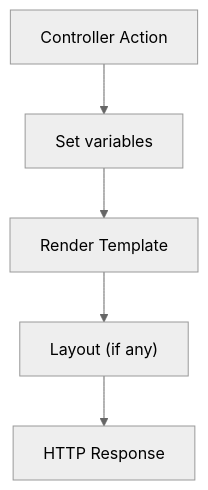
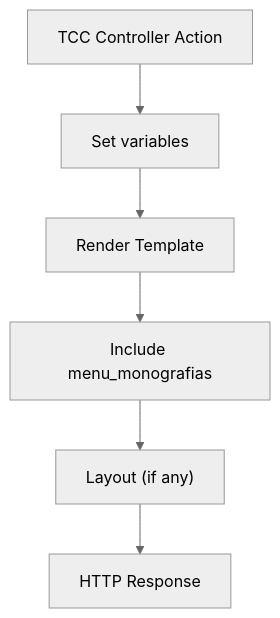
Before and after one commit to luiseduacosta/tcc4: the eighth of 10 diagrams in .qoder/repowiki/en/content/Architecture Overview/Architecture Overview.md, drawn with Mermaid (neutral theme). The commit also changed other lines of this file and 101 other files, not shown here.

````diff
--- a/.qoder/repowiki/en/content/Architecture Overview/Architecture Overview.md
+++ b/.qoder/repowiki/en/content/Architecture Overview/Architecture Overview.md
@@ -295,7 +302,8 @@
 ```mermaid
 flowchart TD
-Ctrl["Controller Action"] --> SetVars["Set variables"]
+Ctrl["TCC Controller Action"] --> SetVars["Set variables"]
 SetVars --> Render["Render Template"]
-Render --> Layout["Layout (if any)"]
+Render --> Menu["Include menu_monografias"]
+Menu --> Layout["Layout (if any)"]
 Layout --> Resp["HTTP Response"]
 ```
````
